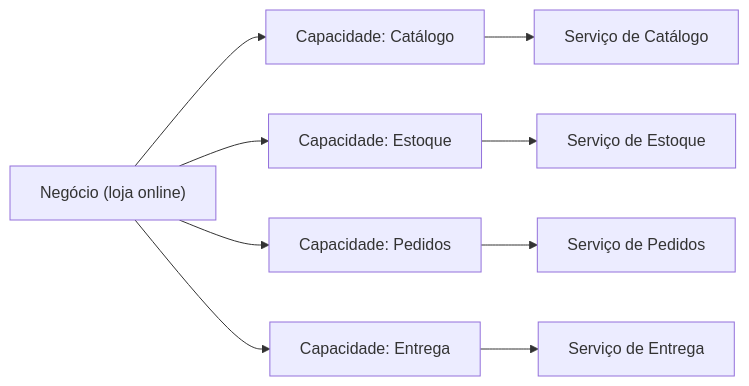
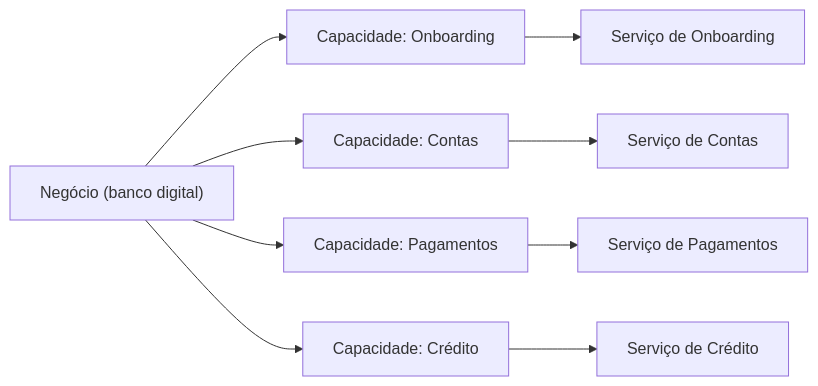
The diagram in docs/architecture/microservices/service-boundaries/decompose-by-business-capability.md (alancesar/design-patterns), drawn with Mermaid before and after one commit. The commit also changed other lines of this file and 27 other files, not shown here.

Commit message:
Switch microservices concrete diagrams to fintech scenarios

````diff
--- a/docs/architecture/microservices/service-boundaries/decompose-by-business-capability.md
+++ b/docs/architecture/microservices/service-boundaries/decompose-by-business-capability.md
@@ -50,11 +50,11 @@
 ```mermaid
 flowchart LR
-    N["Negócio (loja online)"] --> C1["Capacidade: Catálogo"]
-    N --> C2["Capacidade: Estoque"]
-    N --> C3["Capacidade: Pedidos"]
-    N --> C4["Capacidade: Entrega"]
-    C1 --> S1["Serviço de Catálogo"]
-    C2 --> S2["Serviço de Estoque"]
-    C3 --> S3["Serviço de Pedidos"]
-    C4 --> S4["Serviço de Entrega"]
+    N["Negócio (banco digital)"] --> C1["Capacidade: Onboarding"]
+    N --> C2["Capacidade: Contas"]
+    N --> C3["Capacidade: Pagamentos"]
+    N --> C4["Capacidade: Crédito"]
+    C1 --> S1["Serviço de Onboarding"]
+    C2 --> S2["Serviço de Contas"]
+    C3 --> S3["Serviço de Pagamentos"]
+    C4 --> S4["Serviço de Crédito"]
 ```
````
